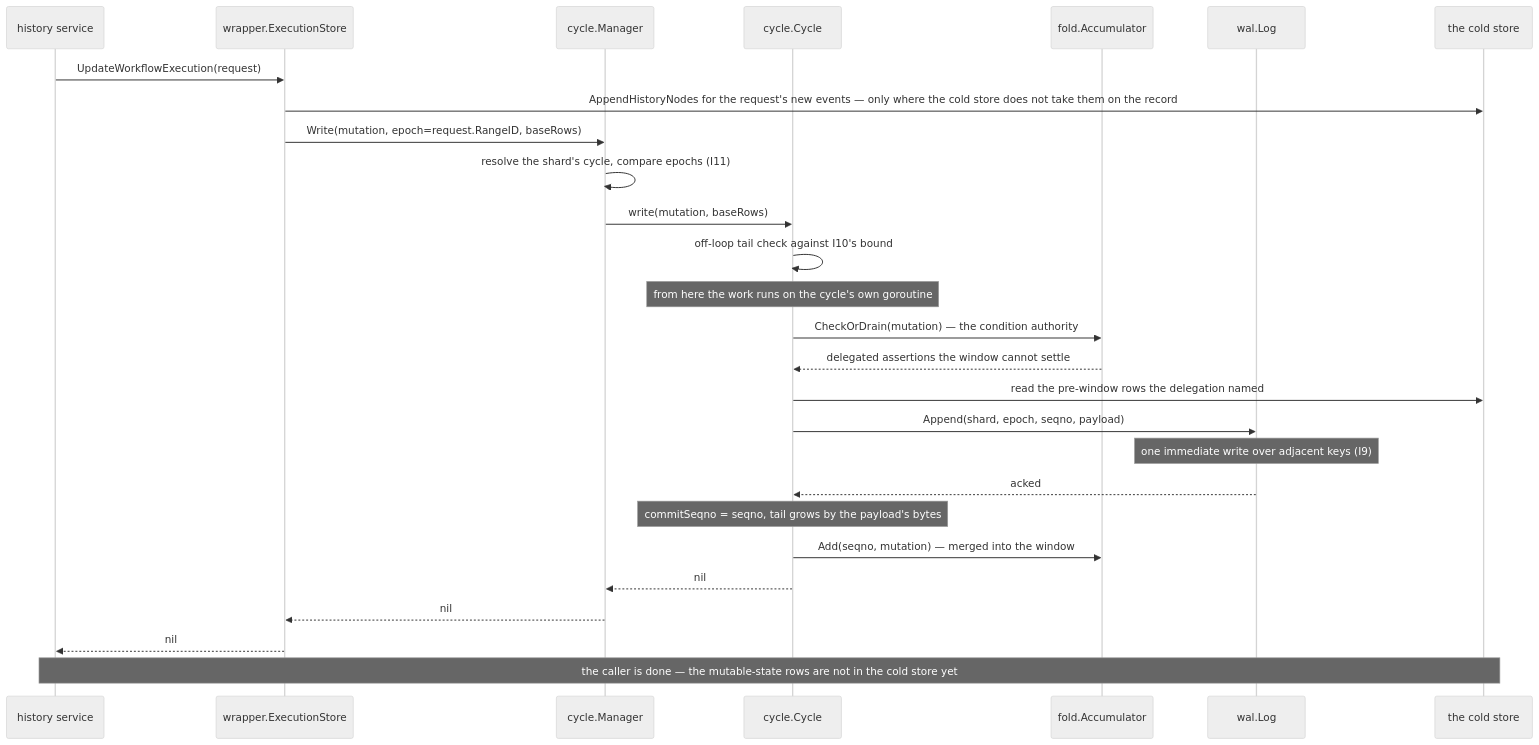
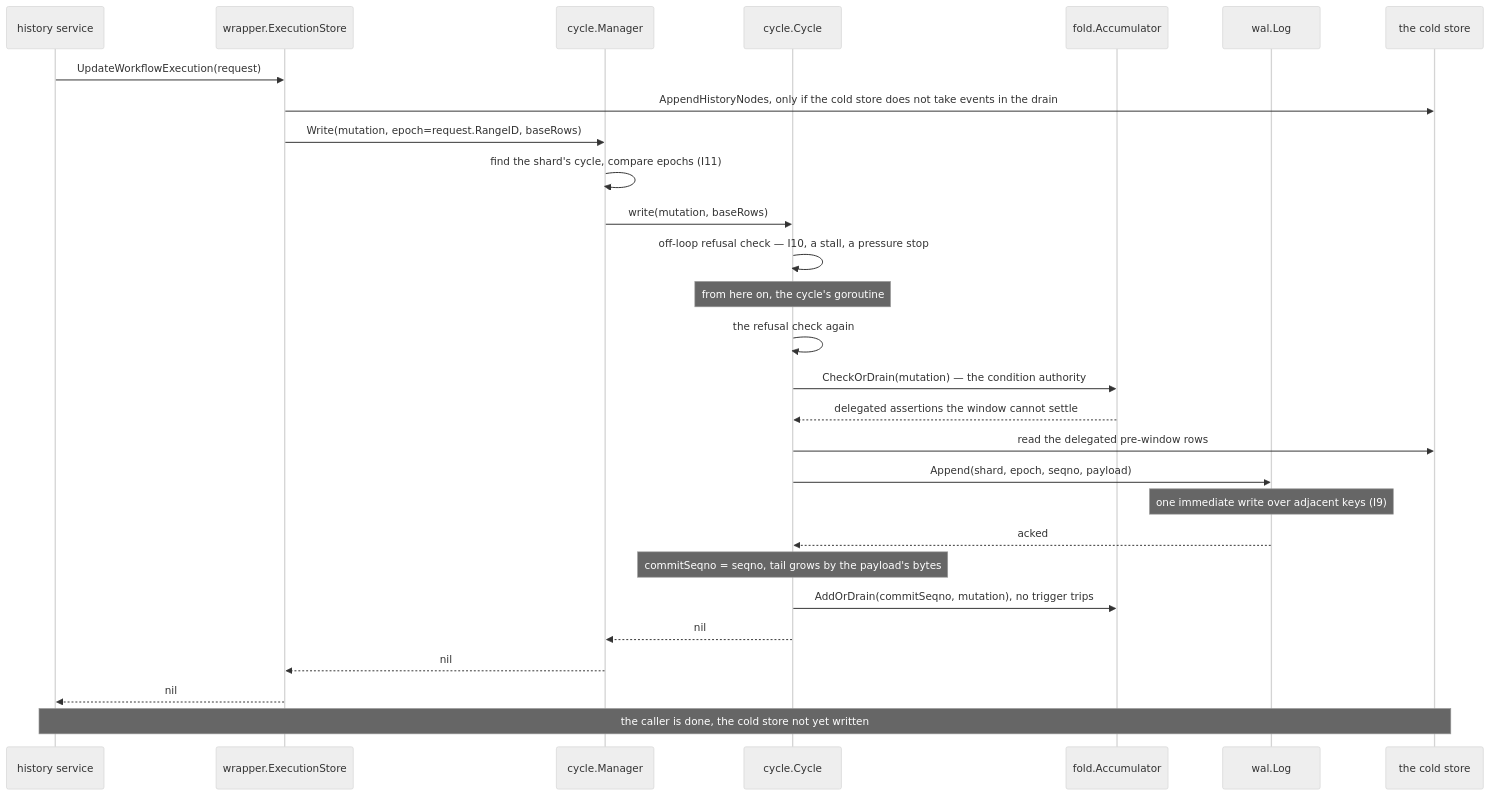
The first of 9 diagrams in docs/handbook/05-write-path.md (aromanovich/waltz), drawn with Mermaid (neutral theme) before and after one commit. The commit also changed other lines of this file and 187 other files, not shown here.

````diff
--- a/docs/handbook/05-write-path.md
+++ b/docs/handbook/05-write-path.md
@@ -70,30 +54,31 @@
 ```mermaid
 sequenceDiagram
   participant HS as history service
   participant ES as wrapper.ExecutionStore
   participant MG as cycle.Manager
   participant CY as cycle.Cycle
   participant ACC as fold.Accumulator
   participant LOG as wal.Log
   participant CS as the cold store
 
   HS->>ES: UpdateWorkflowExecution(request)
-  ES->>CS: AppendHistoryNodes for the request's new events — only where the cold store does not take them on the record
+  ES->>CS: AppendHistoryNodes, only if the cold store does not take events in the drain
   ES->>MG: Write(mutation, epoch=request.RangeID, baseRows)
-  MG->>MG: resolve the shard's cycle, compare epochs (I11)
+  MG->>MG: find the shard's cycle, compare epochs (I11)
   MG->>CY: write(mutation, baseRows)
-  CY->>CY: off-loop tail check against I10's bound
-  Note over CY: from here the work runs on the cycle's own goroutine
+  CY->>CY: off-loop refusal check — I10, a stall, a pressure stop
+  Note over CY: from here on, the cycle's goroutine
+  CY->>CY: the refusal check again
   CY->>ACC: CheckOrDrain(mutation) — the condition authority
   ACC-->>CY: delegated assertions the window cannot settle
-  CY->>CS: read the pre-window rows the delegation named
+  CY->>CS: read the delegated pre-window rows
   CY->>LOG: Append(shard, epoch, seqno, payload)
   Note over LOG: one immediate write over adjacent keys (I9)
   LOG-->>CY: acked
   Note over CY: commitSeqno = seqno, tail grows by the payload's bytes
-  CY->>ACC: Add(seqno, mutation) — merged into the window
+  CY->>ACC: AddOrDrain(commitSeqno, mutation), no trigger trips
   CY-->>MG: nil
   MG-->>ES: nil
   ES-->>HS: nil
-  Note over HS,CS: the caller is done — the mutable-state rows are not in the cold store yet
+  Note over HS,CS: the caller is done, the cold store not yet written
 ```
````
